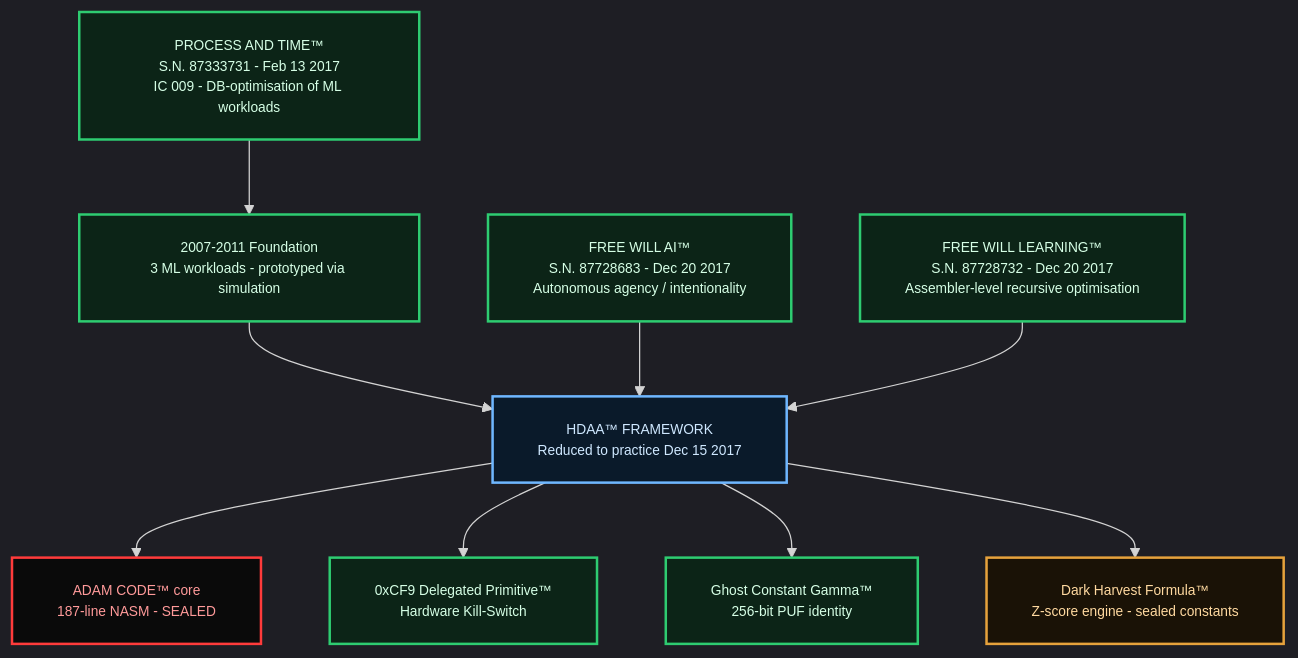
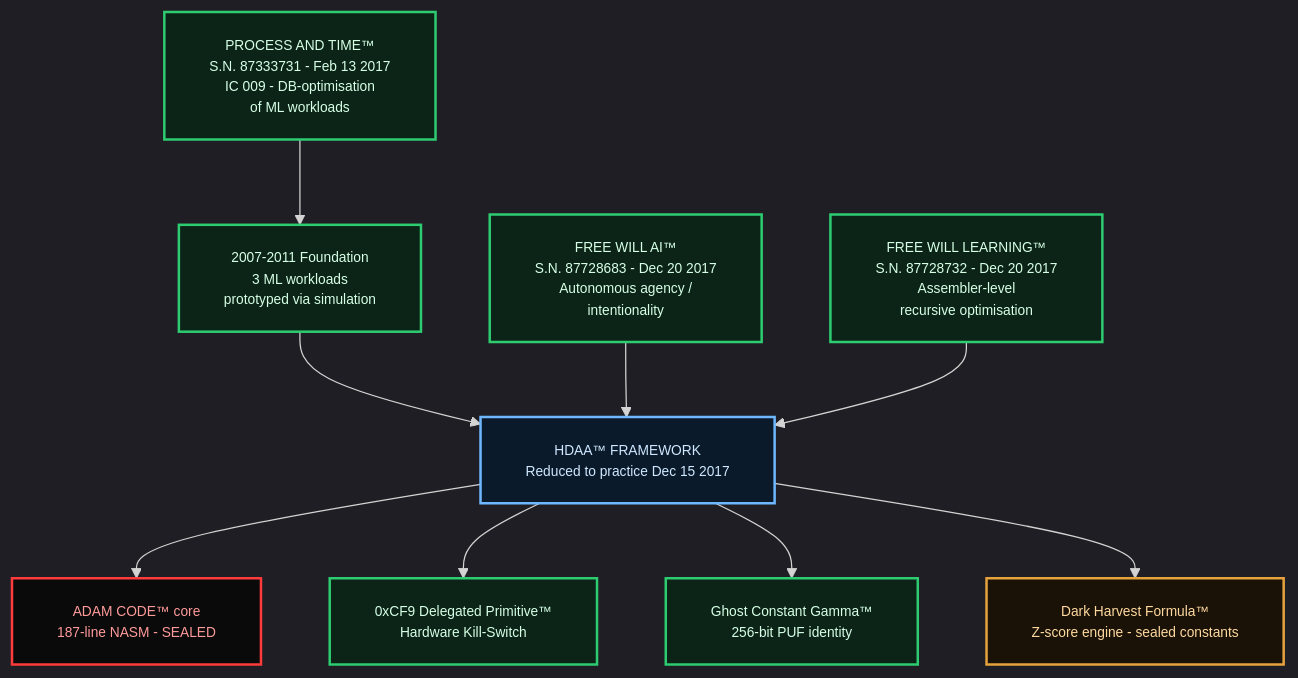
Before and after one commit to theghostinthecode-eng/The-Ghost-in-the-Code-HDAA-Substrate: the first of 4 diagrams in docs/HDAA_FRAMEWORK.md, drawn with Mermaid. The commit also changed other lines of this file, not shown here.

````diff
--- a/docs/HDAA_FRAMEWORK.md
+++ b/docs/HDAA_FRAMEWORK.md
@@ -24,32 +24,32 @@
 ```mermaid
 %%{init: {"theme":"dark", "themeVariables": {"fontSize":"11px"}, "flowchart": {"nodeSpacing":55, "rankSpacing":60, "padding":18, "useMaxWidth":true, "htmlLabels":true, "wrap":true}}}%%
 flowchart TD
-    PT["PROCESS AND TIME™<br/>S.N. 87333731 - Feb 13 2017<br/>IC 009 - DB-optimisation of ML workloads"]
-    FWA["FREE WILL AI™<br/>S.N. 87728683 - Dec 20 2017<br/>Autonomous agency / intentionality"]
-    FWL["FREE WILL LEARNING™<br/>S.N. 87728732 - Dec 20 2017<br/>Assembler-level recursive optimisation"]
-    FOUND["2007-2011 Foundation<br/>3 ML workloads - prototyped via simulation"]
+    PT["PROCESS AND TIME™<br/>S.N. 87333731 - Feb 13 2017<br/>IC 009 - DB-optimisation<br/>of ML workloads"]
+    FWA["FREE WILL AI™<br/>S.N. 87728683 - Dec 20 2017<br/>Autonomous agency /<br/>intentionality"]
+    FWL["FREE WILL LEARNING™<br/>S.N. 87728732 - Dec 20 2017<br/>Assembler-level<br/>recursive optimisation"]
+    FOUND["2007-2011 Foundation<br/>3 ML workloads<br/>prototyped via simulation"]
     HDAA["HDAA™ FRAMEWORK<br/>Reduced to practice Dec 15 2017"]
     C1["ADAM CODE™ core<br/>187-line NASM - SEALED"]
     C2["0xCF9 Delegated Primitive™<br/>Hardware Kill-Switch"]
     C3["Ghost Constant Gamma™<br/>256-bit PUF identity"]
     C4["Dark Harvest Formula™<br/>Z-score engine - sealed constants"]
 
     PT --> FOUND
     FOUND --> HDAA
     FWA --> HDAA
     FWL --> HDAA
     HDAA --> C1
     HDAA --> C2
     HDAA --> C3
     HDAA --> C4
 
     classDef open fill:#0c2417,stroke:#2ecc71,stroke-width:2px,color:#d6ffe6;
     classDef lock fill:#0a0a0a,stroke:#ff3b3b,stroke-width:2px,color:#ff9a9a;
     classDef halflock fill:#1a1206,stroke:#e6a23c,stroke-width:2px,color:#ffd9a0;
     classDef struct fill:#0a1a2a,stroke:#6fb7ff,stroke-width:2px,color:#cfe8ff;
 
     class PT,FWA,FWL,FOUND,C2,C3 open;
     class C1 lock;
     class C4 halflock;
     class HDAA struct;
 ```
````
